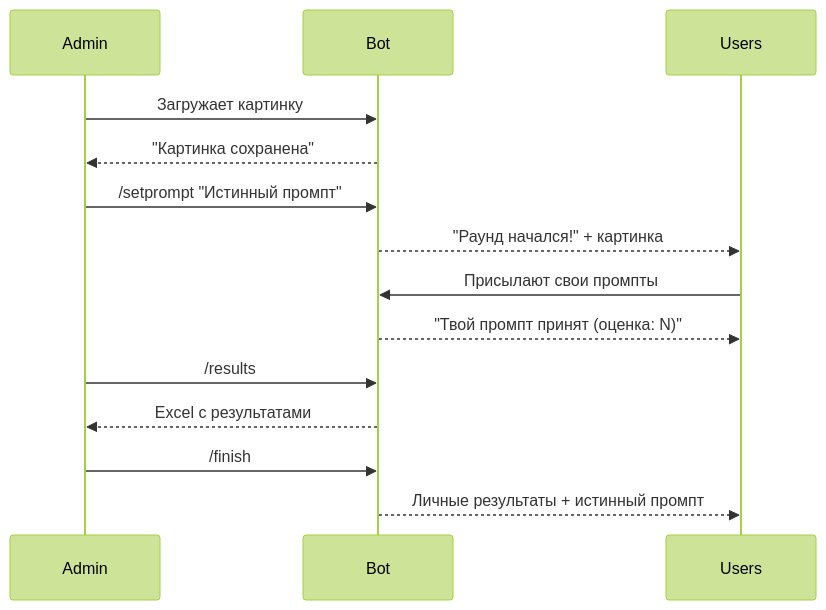
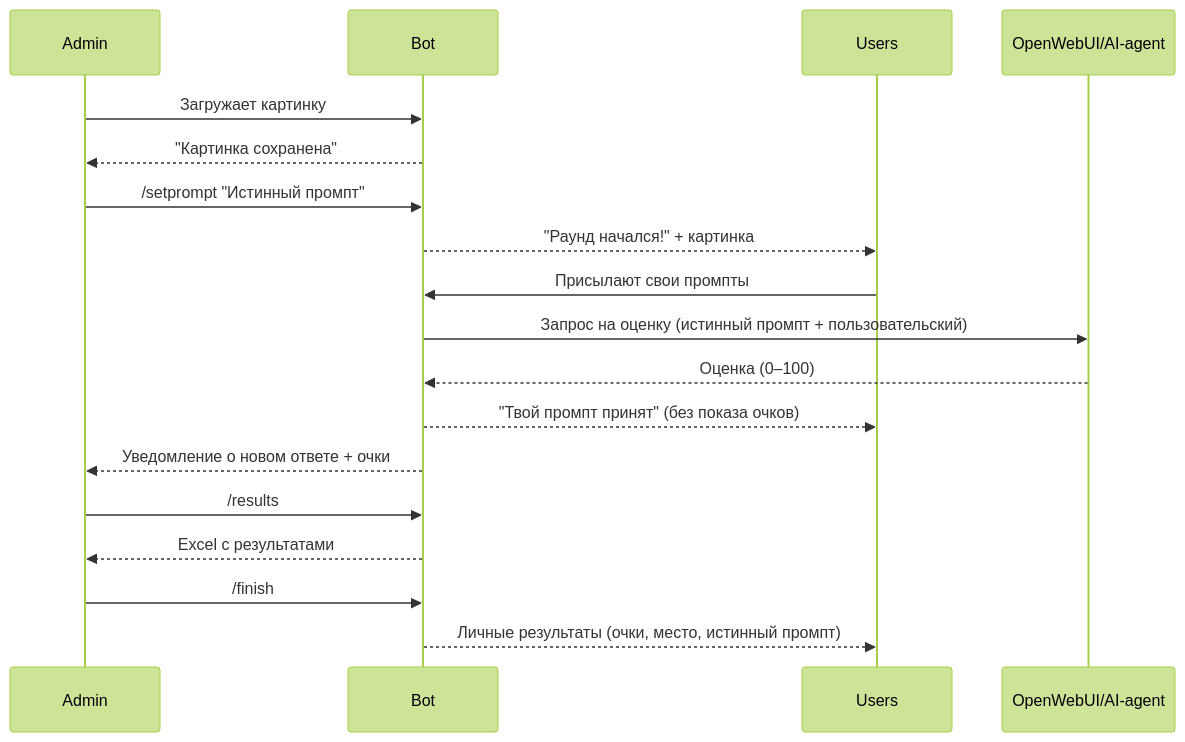
Before and after one commit to AdamCage/prompt-battle-tgbot-poc: the diagram in README.md, drawn with Mermaid (forest theme). The commit also changed 1 other file, not shown here.

````diff
--- a/README.md
+++ b/README.md
@@ -53,17 +53,24 @@
 ```mermaid
 sequenceDiagram
     participant Admin
     participant Bot
     participant Users
+    participant OpenWebUI as OpenWebUI/AI-agent
 
     Admin->>Bot: Загружает картинку
     Bot-->>Admin: "Картинка сохранена"
     Admin->>Bot: /setprompt "Истинный промпт"
     Bot-->>Users: "Раунд начался!" + картинка
+
     Users->>Bot: Присылают свои промпты
-    Bot-->>Users: "Твой промпт принят (оценка: N)"
+    Bot->>OpenWebUI: Запрос на оценку (истинный промпт + пользовательский)
+    OpenWebUI-->>Bot: Оценка (0–100)
+    Bot-->>Users: "Твой промпт принят" (без показа очков)
+    Bot-->>Admin: Уведомление о новом ответе + очки
+
     Admin->>Bot: /results
     Bot-->>Admin: Excel с результатами
+
     Admin->>Bot: /finish
-    Bot-->>Users: Личные результаты + истинный промпт
+    Bot-->>Users: Личные результаты (очки, место, истинный промпт)
 ```
````
